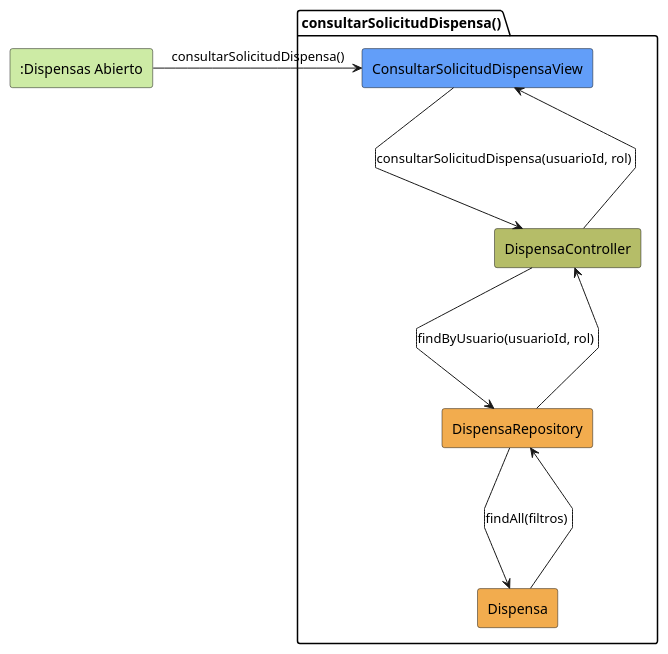
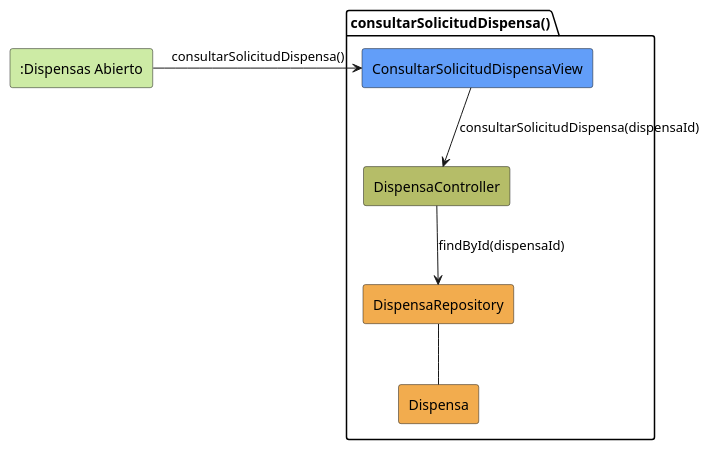
One commit to jerdier/25-26-idsw2-sdVC changed the diagram in modelosUML/analisis/consultarSolicitudDispensa/colaboracion.puml. Above: the diagram before and after it, drawn with PlantUML. The commit also changed 83 other files, not shown here.

```diff
--- a/modelosUML/analisis/consultarSolicitudDispensa/colaboracion.puml
+++ b/modelosUML/analisis/consultarSolicitudDispensa/colaboracion.puml
@@ -1,20 +1,17 @@
 @startuml consultarSolicitudDispensa-analisis
 skinparam linetype polyline
 
 rectangle #CDEBA5 ":Dispensas Abierto" as DispensasAbierto
 
 package consultarSolicitudDispensa as "consultarSolicitudDispensa()" {
     rectangle #629EF9 ConsultarSolicitudDispensaView
     rectangle #b5bd68 DispensaController
     rectangle #F2AC4E DispensaRepository
     rectangle #F2AC4E Dispensa
 }
 
 DispensasAbierto -r-> ConsultarSolicitudDispensaView: consultarSolicitudDispensa()
-ConsultarSolicitudDispensaView -d-> DispensaController: consultarSolicitudDispensa(usuarioId, rol)
-DispensaController -d-> DispensaRepository: findByUsuario(usuarioId, rol)
-DispensaRepository -d-> Dispensa: findAll(filtros)
-Dispensa --u-> DispensaRepository
-DispensaRepository --u-> DispensaController
-DispensaController --u-> ConsultarSolicitudDispensaView
+ConsultarSolicitudDispensaView -d-> DispensaController: consultarSolicitudDispensa(dispensaId)
+DispensaController --> DispensaRepository: findById(dispensaId)
+DispensaRepository -- Dispensa
 @enduml
```
